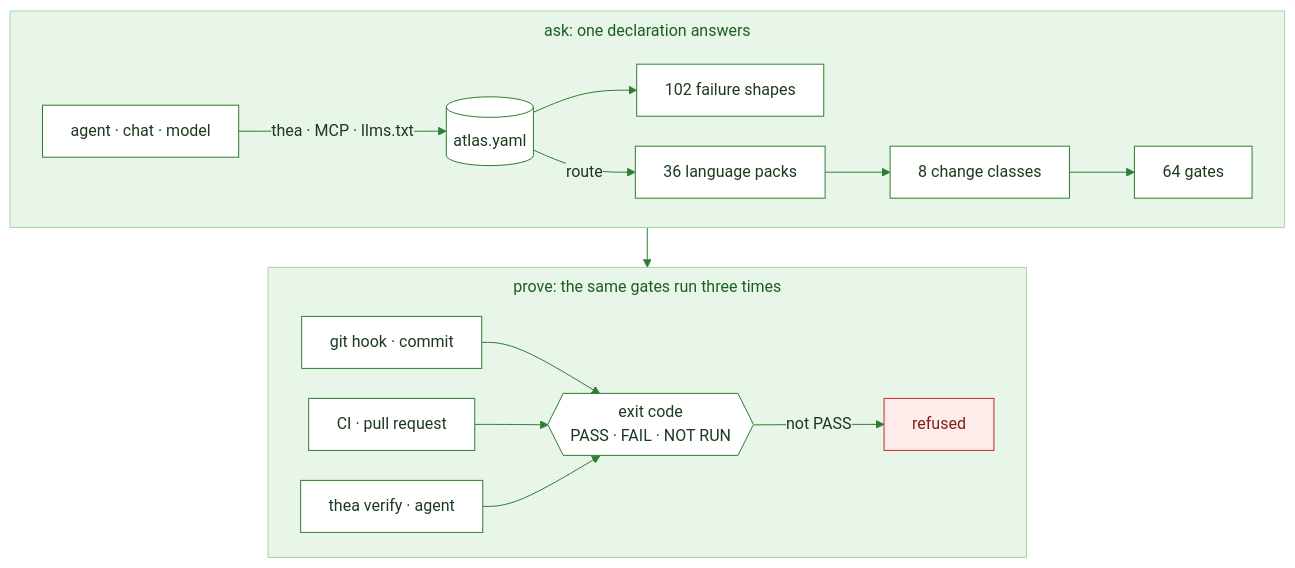
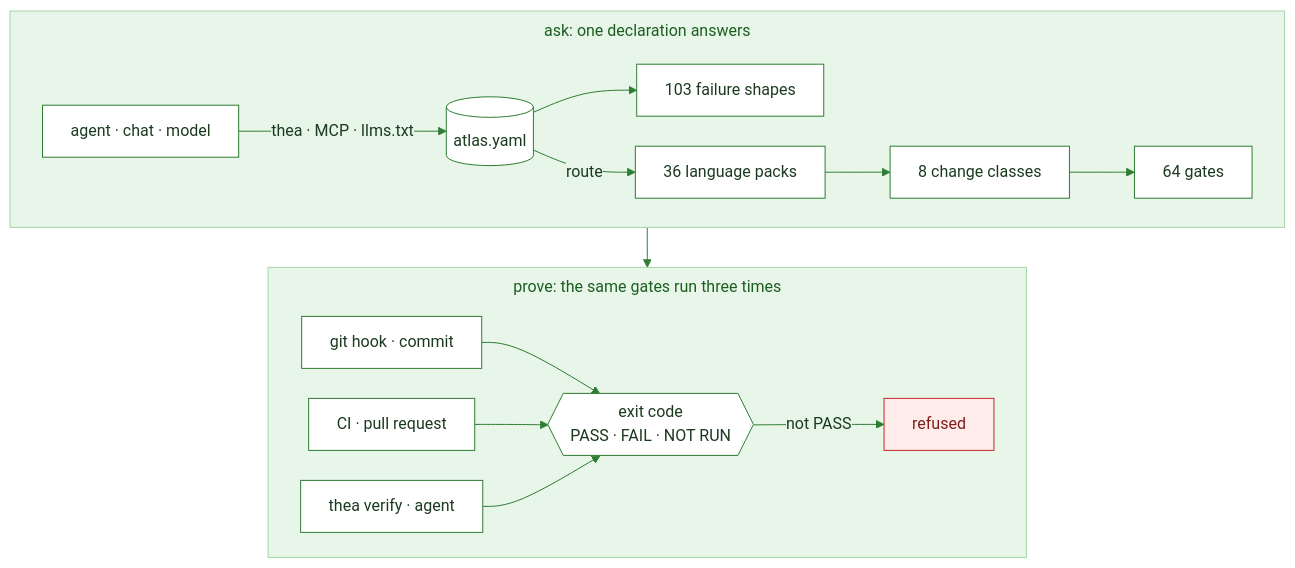
The diagram in README.md (HLIntel/Headron), drawn with Mermaid before and after one commit. The commit also changed 8 other files, not shown here.

````diff
--- a/README.md
+++ b/README.md
@@ -36,36 +36,36 @@
 ```mermaid
 ---
 config:
   theme: base
   themeVariables:
     primaryColor: "#ffffff"
     primaryBorderColor: "#2e7d32"
     primaryTextColor: "#1b3a1f"
     lineColor: "#2e7d32"
     clusterBkg: "#e8f5e9"
     clusterBorder: "#a5d6a7"
     titleColor: "#1b5e20"
     edgeLabelBackground: "#e8f5e9"
   flowchart:
     subGraphTitleMargin: {top: 8, bottom: 16}
     nodeSpacing: 30
     rankSpacing: 40
     padding: 14
 ---
 flowchart TB
   accTitle: How Thea proves a change
-  accDescr: an agent, chat or model asks through the thea CLI, MCP or llms.txt, atlas.yaml routes the file to 1 of 36 language packs and hands back 102 known failure shapes, 8 change classes select from 64 gates, the same check-only gates run at commit in a git hook, on the pull request in CI and in the agent's thea verify report, the exit code is the verdict PASS, FAIL or NOT RUN, and anything but PASS refuses the change
+  accDescr: an agent, chat or model asks through the thea CLI, MCP or llms.txt, atlas.yaml routes the file to 1 of 36 language packs and hands back 103 known failure shapes, 8 change classes select from 64 gates, the same check-only gates run at commit in a git hook, on the pull request in CI and in the agent's thea verify report, the exit code is the verdict PASS, FAIL or NOT RUN, and anything but PASS refuses the change
   subgraph ask [ask: one declaration answers]
     direction LR
     A[agent · chat · model] -->|thea · MCP · llms.txt| D[(atlas.yaml)]
-    D --> L[102 failure shapes]
+    D --> L[103 failure shapes]
     D -->|route| P[36 language packs] --> K[8 change classes] --> G[64 gates]
   end
   subgraph run [prove: the same gates run three times]
     direction LR
     H[git hook · commit] & C[CI · pull request] & R[thea verify · agent] --> V{{exit code<br>PASS · FAIL · NOT RUN}} -->|not PASS| X[refused]
   end
   ask --> run
   classDef stop fill:#fdecea,stroke:#c62828,color:#7f1d1d
   class X stop
 ```
````
